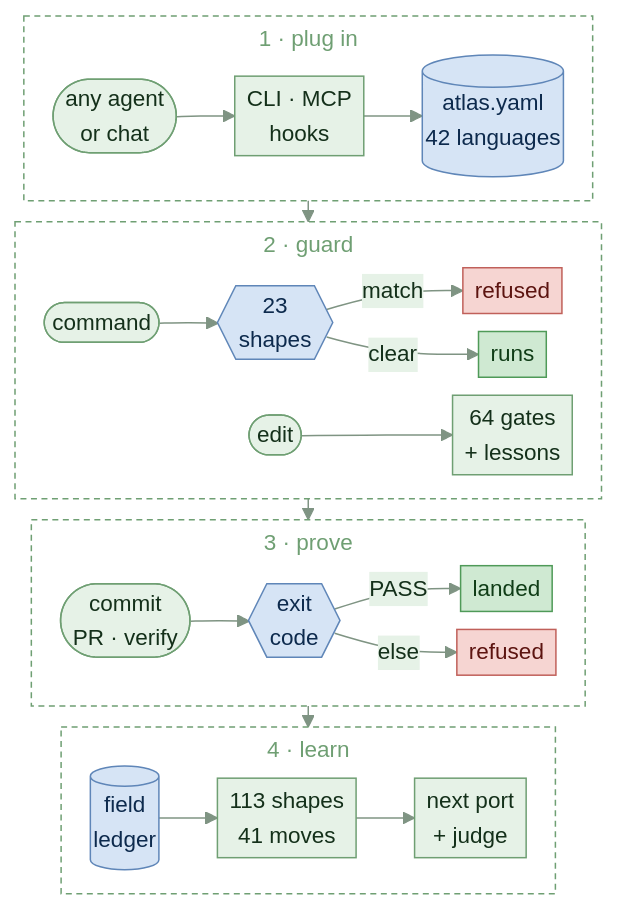
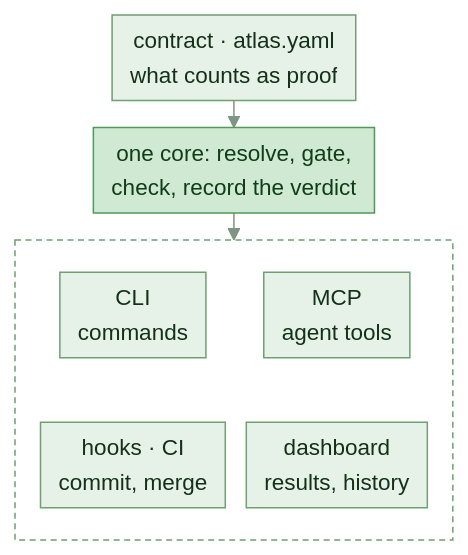
One commit to HLIntel/Headron changed the diagram in README.md. Above: the diagram before and after it, drawn with Mermaid. The commit also changed 1 other file, not shown here.

Commit message:
README: the platform as three tiers, contract → one core → four doors
The four-band, fourteen-node loop cost ~50 lines on every read and was hard
for a person or agent to follow. Rendered at 375px: 315px wide, 2x2 doors.

````diff
--- a/README.md
+++ b/README.md
@@ -40,52 +40,30 @@
 ```mermaid
 ---
 config:
   theme: base
   themeVariables:
     primaryColor: "#e6f2e7"
     primaryBorderColor: "#6f9f73"
     primaryTextColor: "#14301a"
     lineColor: "#7f9483"
-    titleColor: "#6f9f73"
-    edgeLabelBackground: "#e6f2e7"
     fontSize: "15px"
   flowchart:
-    subGraphTitleMargin: {top: 4, bottom: 6}
-    padding: 4
-    nodeSpacing: 12
-    rankSpacing: 14
+    padding: 6
+    nodeSpacing: 14
+    rankSpacing: 18
 ---
 flowchart TB
-  accTitle: How Thea proves a change
-  accDescr: any agent, chat or model plugs in, each file routes to its gates, hooks guard, the same gates prove at commit, in CI and in thea verify, anything but PASS is refused, every verdict is kept
-  subgraph ask [1 · plug in]
-    direction LR
-    A([any agent<br>or chat]) --> I[CLI · MCP<br>hooks] --> D[(atlas.yaml<br>42 languages)]
+  accTitle: How Thea is built
+  accDescr: the contract says what must be checked and what counts as proof, one core resolves the file, selects its gates, runs the checks and records the verdict, and the CLI, MCP, hooks with CI and the dashboard all reach that one core
+  R[contract · atlas.yaml<br>what counts as proof] --> C[one core: resolve, gate,<br>check, record the verdict]
+  C --> doors
+  subgraph doors [ ]
+    direction TB
+    L[CLI<br>commands] ~~~ H[hooks · CI<br>commit, merge]
+    P[MCP<br>agent tools] ~~~ B[dashboard<br>results, history]
   end
-  subgraph guard [2 · guard]
-    direction LR
-    S([command]) --> W{{23<br>shapes}}
-    W -->|match| Y[refused]
-    W -->|clear| O[runs]
-    E([edit]) --> L[64 gates<br>+ lessons]
-  end
-  subgraph run [3 · prove]
-    direction LR
-    H([commit<br>PR · verify]) --> V{{exit<br>code}}
-    V -->|PASS| M[landed]
-    V -->|else| X[refused]
-  end
-  subgraph learn [4 · learn]
-    direction LR
-    Q[(field<br>ledger)] --> F[113 shapes<br>41 moves] --> N[next port<br>+ judge]
-  end
-  ask --> guard --> run --> learn
+  classDef core fill:#cfe9d2,stroke:#4f9a58,color:#103d17
+  class C core
   classDef band fill:none,stroke:#6f9f73,stroke-dasharray:4 3
-  class ask,guard,run,learn band
-  classDef stop fill:#f6d5d2,stroke:#c0605a,color:#5c1410
-  classDef go fill:#cfe9d2,stroke:#4f9a58,color:#103d17
-  classDef store fill:#d6e4f5,stroke:#5f86b8,color:#0d2a4d
-  class X,Y stop
-  class M,O go
-  class D,Q,V,W store
+  class doors band
 ```
````
